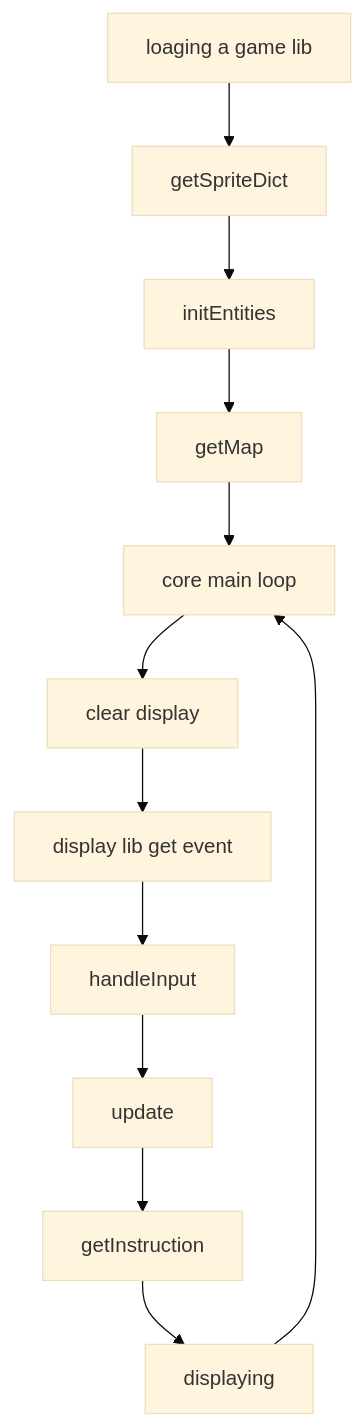
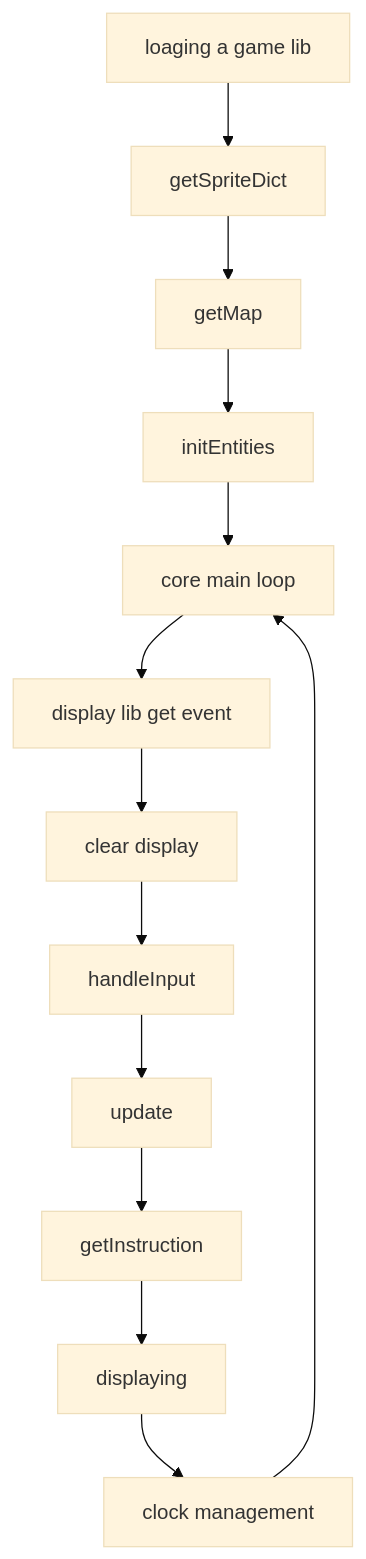
The second of 3 diagrams in ReadMe.md (ASM-Studios/ArcadeInterfaces), drawn with Mermaid (base theme) before and after one commit. The commit also changed other lines of this file, not shown here.

Commit message:
[ADD] schema for general functionnement

````diff
--- a/ReadMe.md
+++ b/ReadMe.md
@@ -318,14 +453,15 @@
 ```mermaid
   graph TD;
     A[loaging a game lib] --> B[getSpriteDict]
-    B --> C[initEntities];
-    C --> D[getMap];
+    B --> C[getMap];
+    C --> D[initEntities];
     D --> E[core main loop];
-    E --> F[clear display];
-    F --> G[display lib get event];
+    E --> F[display lib get event];
+    F --> G[clear display];
     G --> H[handleInput];
     H --> I[update];
     I --> J[getInstruction];
     J --> K[displaying];
-    K --> E;
+    K --> L[clock management];
+    L --> E;
 ```
````
